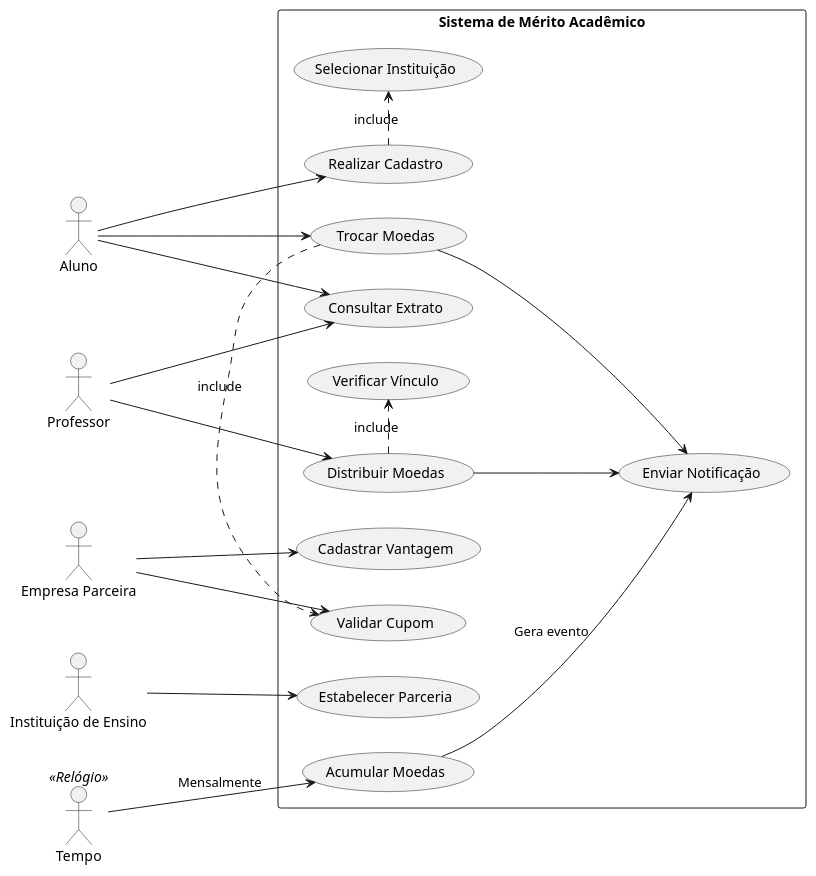
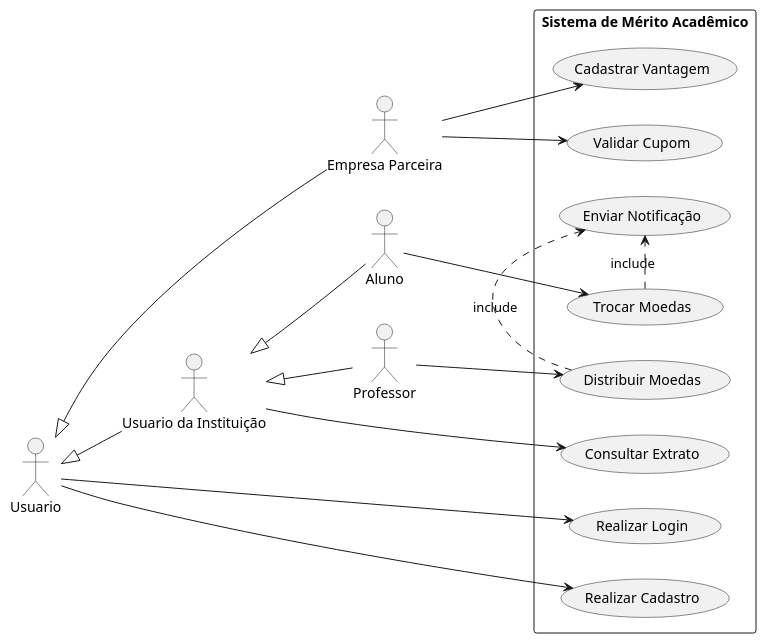
The diagram in project/Diagramas/Diagrama de Casos de Uso/README.md (thais-reiss/Lab3-Sistema-de-moeda-estudantil), drawn with PlantUML before and after one commit.

Commit message:
Correção diagrama de Casos de uso

```diff
--- a/project/Diagramas/Diagrama de Casos de Uso/README.md
+++ b/project/Diagramas/Diagrama de Casos de Uso/README.md
@@ -1,46 +1,43 @@
 @startuml
 left to right direction
 skinparam packageStyle rectangle
 
+actor Usuario
 actor Aluno
 actor Professor
 actor "Empresa Parceira" as Empresa
-actor "Instituição de Ensino" as Instituicao
-actor "Tempo" as Timer << Relógio >>
+actor "Usuario da Instituição" as UserInst
+
+Usuario  <|-- UserInst
+UserInst  <|-- Aluno
+UserInst  <|-- Professor
+Usuario  <|-- Empresa
 
 rectangle "Sistema de Mérito Acadêmico" {
+  (Realizar Login)
   (Realizar Cadastro)
   (Consultar Extrato)
   (Trocar Moedas)
   (Distribuir Moedas)
   (Cadastrar Vantagem)
   (Validar Cupom)
-  (Estabelecer Parceria)
   
-  (Acumular Moedas) as (Acumular)
   (Enviar Notificação) as (Notificar)
   
-  Aluno --> (Realizar Cadastro)
-  Aluno --> (Consultar Extrato)
+  Usuario --> (Realizar Login)
+  Usuario --> (Realizar Cadastro)
+
+  UserInst --> (Consultar Extrato)
+
   Aluno --> (Trocar Moedas)
   
   Professor --> (Distribuir Moedas)
-  Professor --> (Consultar Extrato)
   
   Empresa --> (Cadastrar Vantagem)
   Empresa --> (Validar Cupom)
   
-  Instituicao --> (Estabelecer Parceria)
-  
-  Timer --> (Acumular) : Mensalmente
-  
-  (Realizar Cadastro) .> (Selecionar Instituição) : «include»
-  (Distribuir Moedas) .> (Verificar Vínculo) : «include»
-  (Trocar Moedas) .> (Validar Cupom) : «include»
-  
-  (Acumular) --> (Notificar) : Gera evento
-  (Distribuir Moedas) --> (Notificar)
-  (Trocar Moedas) --> (Notificar)
+  (Distribuir Moedas) .> (Notificar) : «include»
+  (Trocar Moedas) .> (Notificar) : «include»
 }
 
 @enduml
```
